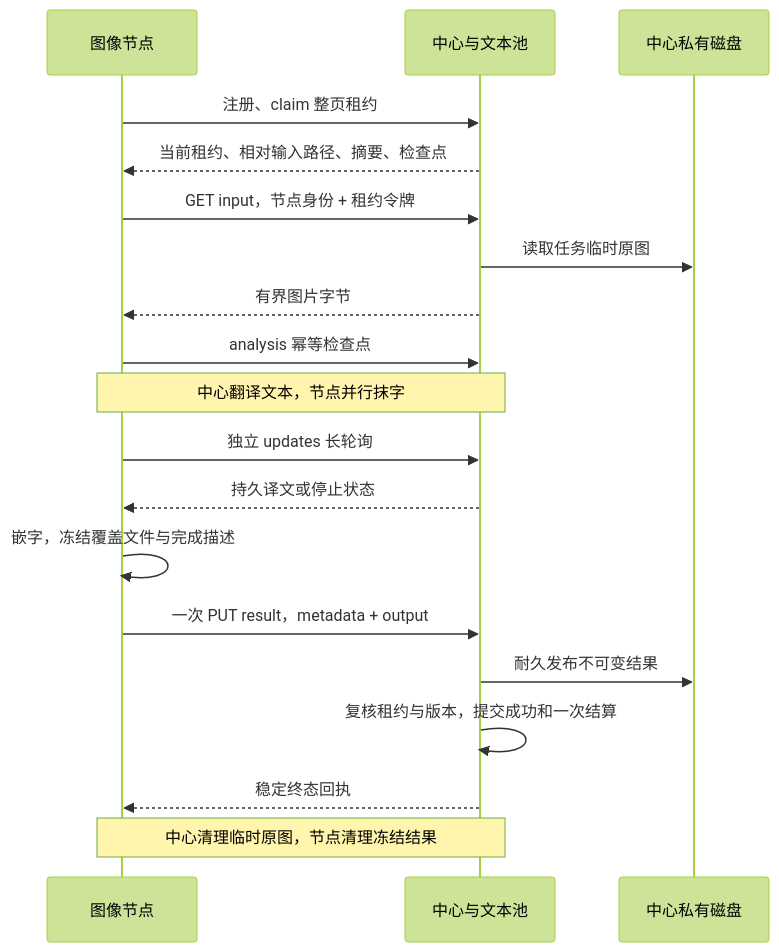
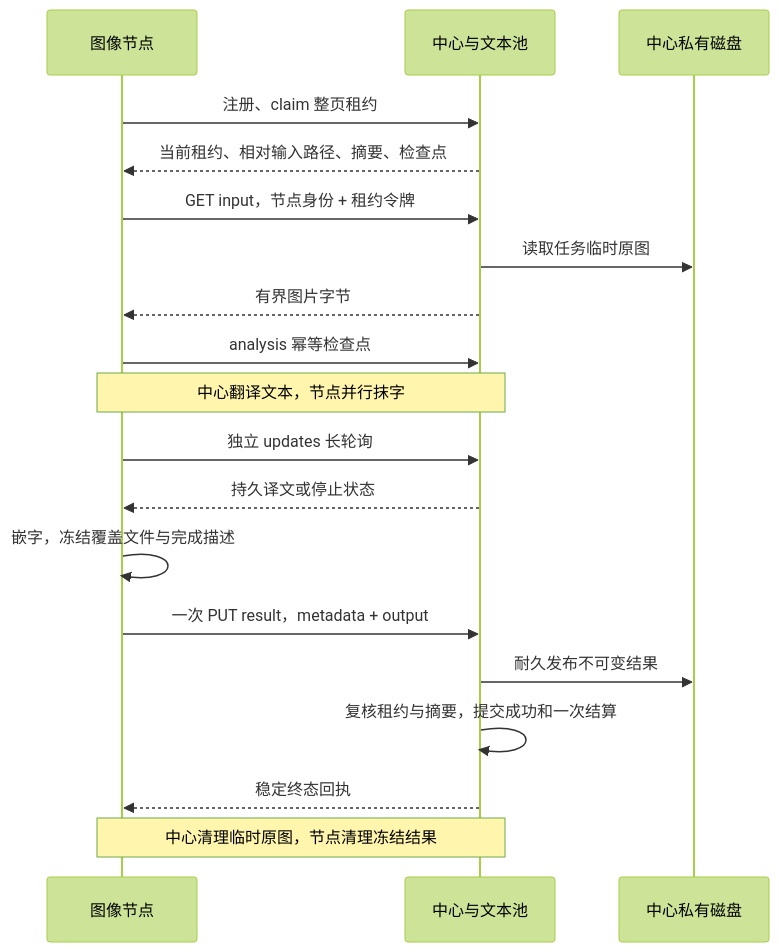
One commit to Wy2926/node-comics changed the diagram in docs/COMPUTE_PROTOCOL.md. Above: the diagram before and after it, drawn with Mermaid (forest theme). The commit also changed other lines of this file and 99 other files, not shown here.

````diff
--- a/docs/COMPUTE_PROTOCOL.md
+++ b/docs/COMPUTE_PROTOCOL.md
@@ -11,21 +11,21 @@
 ```mermaid
 sequenceDiagram
     participant N as 图像节点
     participant C as 中心与文本池
     participant F as 中心私有磁盘
     N->>C: 注册、claim 整页租约
     C-->>N: 当前租约、相对输入路径、摘要、检查点
     N->>C: GET input，节点身份 + 租约令牌
     C->>F: 读取任务临时原图
     C-->>N: 有界图片字节
     N->>C: analysis 幂等检查点
     Note over N,C: 中心翻译文本，节点并行抹字
     N->>C: 独立 updates 长轮询
     C-->>N: 持久译文或停止状态
     N->>N: 嵌字，冻结覆盖文件与完成描述
     N->>C: 一次 PUT result，metadata + output
     C->>F: 耐久发布不可变结果
-    C->>C: 复核租约与版本，提交成功和一次结算
+    C->>C: 复核租约与摘要，提交成功和一次结算
     C-->>N: 稳定终态回执
     Note over N,C: 中心清理临时原图，节点清理冻结结果
 ```
````
